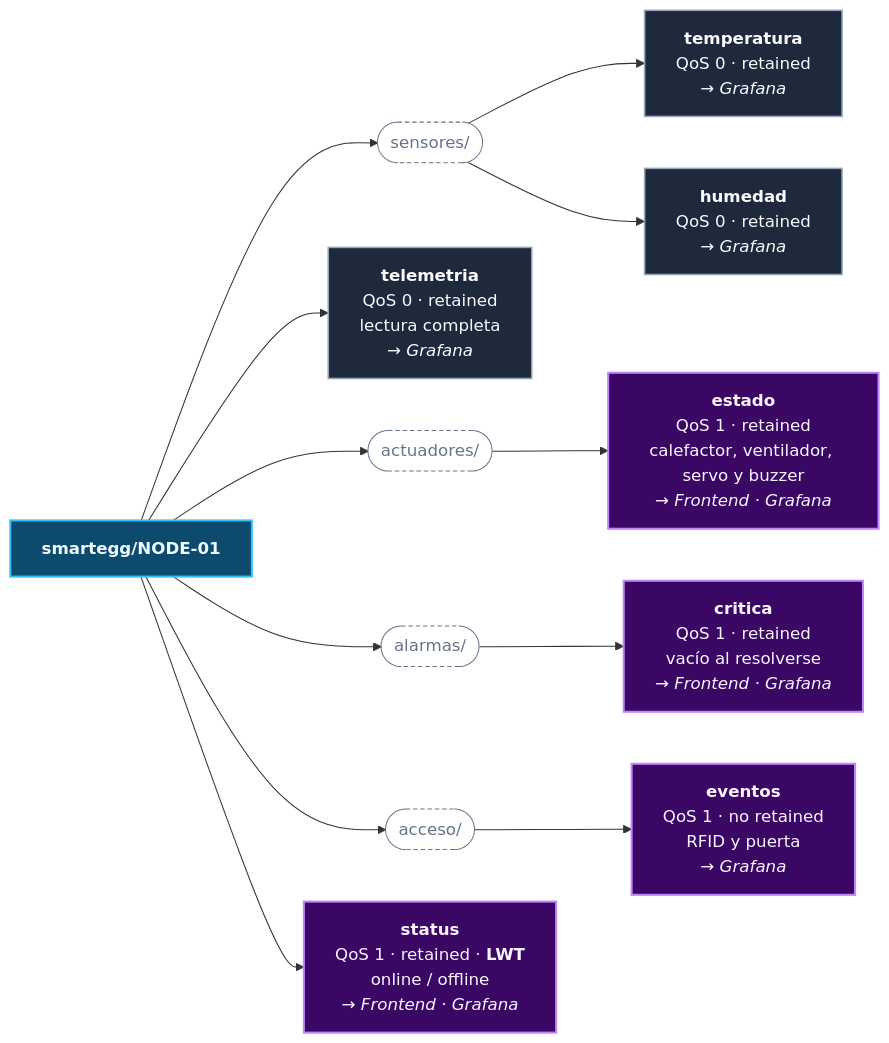
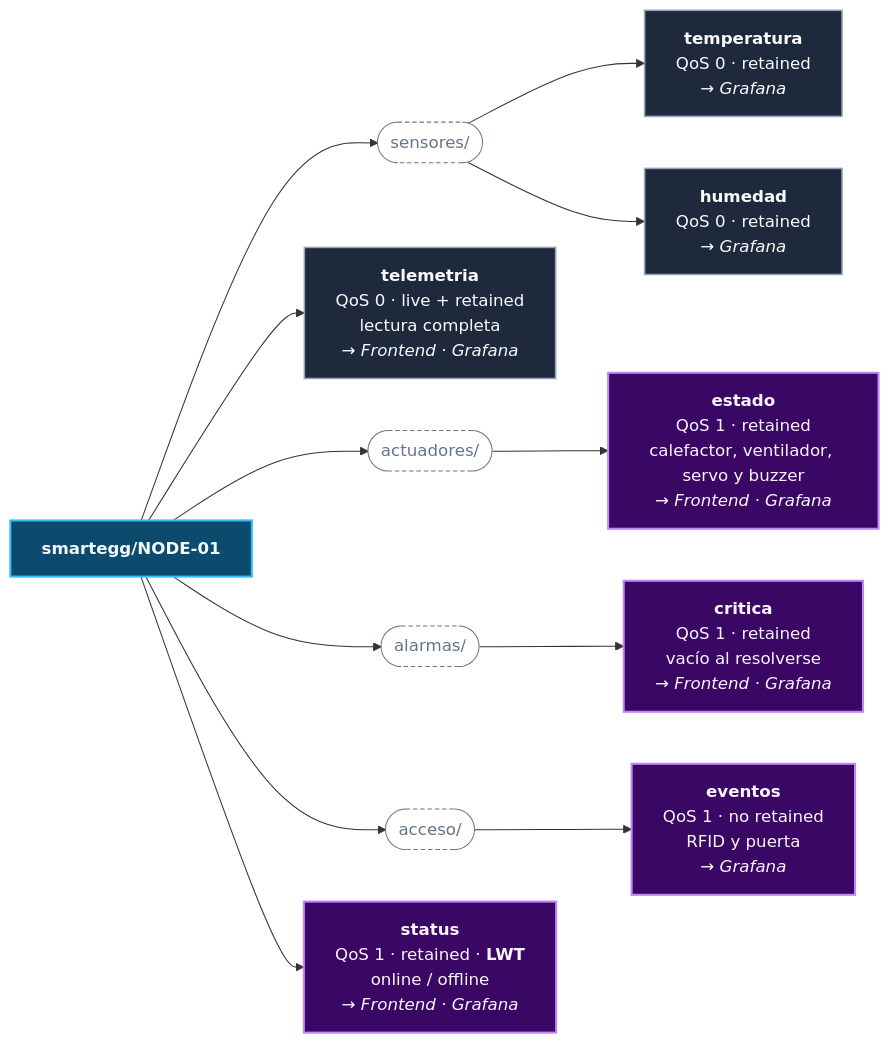
Before and after one commit to ricardious/AYC2_G3: the seventh of 7 diagrams in Proyecto_1_SmartEgg/README.md, drawn with Mermaid. The commit also changed other lines of this file and 2 other files, not shown here.

Commit message:
docs: align architecture and video guide with live Three.js view

````diff
--- a/Proyecto_1_SmartEgg/README.md
+++ b/Proyecto_1_SmartEgg/README.md
@@ -542,27 +546,27 @@
 ```mermaid
 flowchart LR
     ROOT["<b>smartegg/NODE-01</b>"]
 
     ROOT --> SEN(["sensores/"])
-    ROOT --> TEL["<b>telemetria</b><br/>QoS 0 · retained<br/>lectura completa<br/><i>→ Grafana</i>"]
+    ROOT --> TEL["<b>telemetria</b><br/>QoS 0 · live + retained<br/>lectura completa<br/><i>→ Frontend · Grafana</i>"]
     ROOT --> ACT(["actuadores/"])
     ROOT --> ALA(["alarmas/"])
     ROOT --> ACC(["acceso/"])
     ROOT --> STA["<b>status</b><br/>QoS 1 · retained · <b>LWT</b><br/>online / offline<br/><i>→ Frontend · Grafana</i>"]
 
     SEN --> TEMP["<b>temperatura</b><br/>QoS 0 · retained<br/><i>→ Grafana</i>"]
     SEN --> HUM["<b>humedad</b><br/>QoS 0 · retained<br/><i>→ Grafana</i>"]
     ACT --> AEST["<b>estado</b><br/>QoS 1 · retained<br/>calefactor, ventilador, servo y buzzer<br/><i>→ Frontend · Grafana</i>"]
     ALA --> ACRI["<b>critica</b><br/>QoS 1 · retained<br/>vacío al resolverse<br/><i>→ Frontend · Grafana</i>"]
     ACC --> AEV["<b>eventos</b><br/>QoS 1 · no retained<br/>RFID y puerta<br/><i>→ Grafana</i>"]
 
     classDef raiz fill:#0c4a6e,stroke:#38bdf8,color:#f0f9ff,stroke-width:2px
     classDef rama fill:none,stroke:#64748b,color:#64748b,stroke-dasharray:4 3
     classDef qos0 fill:#1e293b,stroke:#94a3b8,color:#f8fafc,stroke-width:1.5px
     classDef qos1 fill:#3b0764,stroke:#c084fc,color:#faf5ff,stroke-width:2px
 
     class ROOT raiz
     class SEN,ACT,ALA,ACC rama
     class TEL,TEMP,HUM qos0
     class STA,AEST,ACRI,AEV qos1
 ```
````
